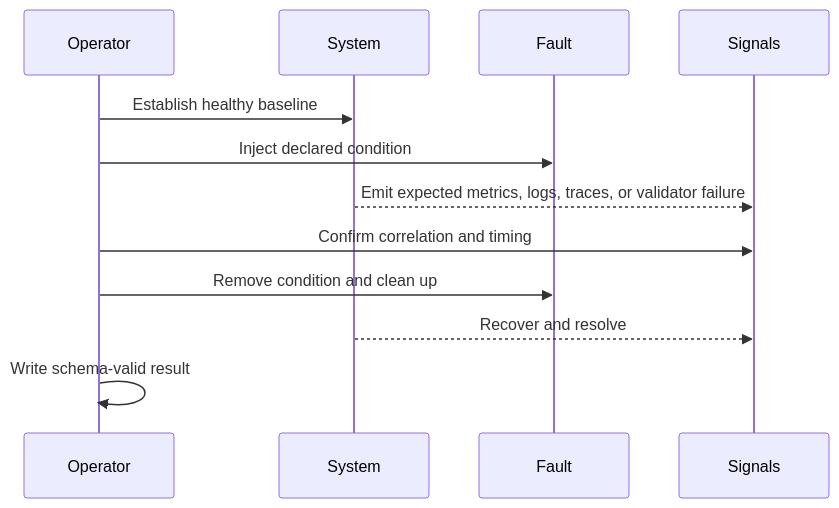
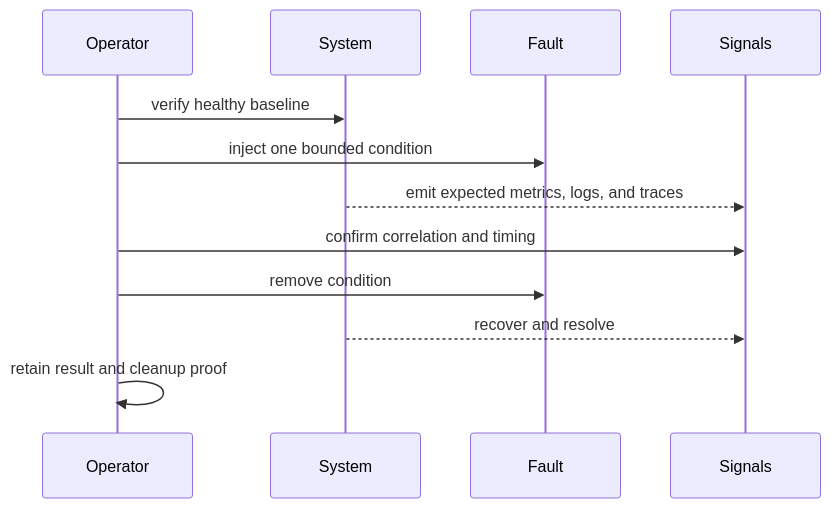
Before and after one commit to bijux/bijux-atlas: the diagram in docs/bijux-atlas-ops/observability/telemetry-drills.md, drawn with Mermaid. The commit also changed other lines of this file and 2 other files, not shown here.

````diff
--- a/docs/bijux-atlas-ops/observability/telemetry-drills.md
+++ b/docs/bijux-atlas-ops/observability/telemetry-drills.md
@@ -32,14 +50,14 @@
 ```mermaid
 sequenceDiagram
     participant Operator
     participant System
     participant Fault
     participant Signals
-    Operator->>System: Establish healthy baseline
-    Operator->>Fault: Inject declared condition
-    System-->>Signals: Emit expected metrics, logs, traces, or validator failure
-    Operator->>Signals: Confirm correlation and timing
-    Operator->>Fault: Remove condition and clean up
-    System-->>Signals: Recover and resolve
-    Operator->>Operator: Write schema-valid result
+    Operator->>System: verify healthy baseline
+    Operator->>Fault: inject one bounded condition
+    System-->>Signals: emit expected metrics, logs, and traces
+    Operator->>Signals: confirm correlation and timing
+    Operator->>Fault: remove condition
+    System-->>Signals: recover and resolve
+    Operator->>Operator: retain result and cleanup proof
 ```
````
